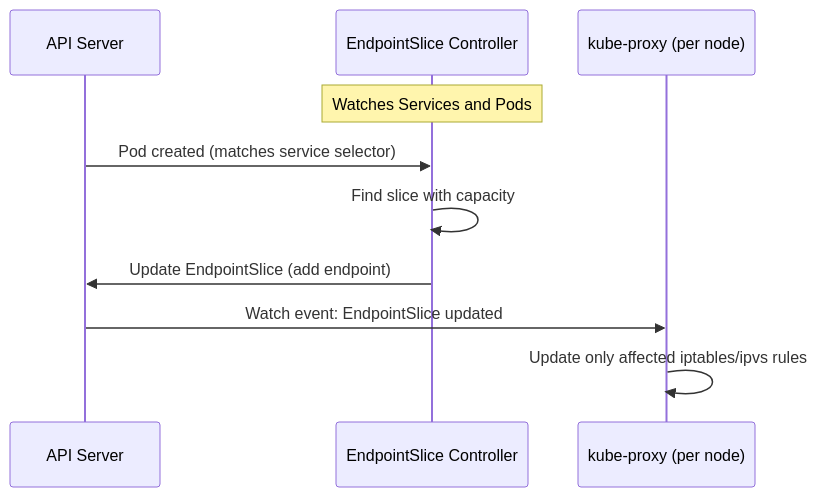
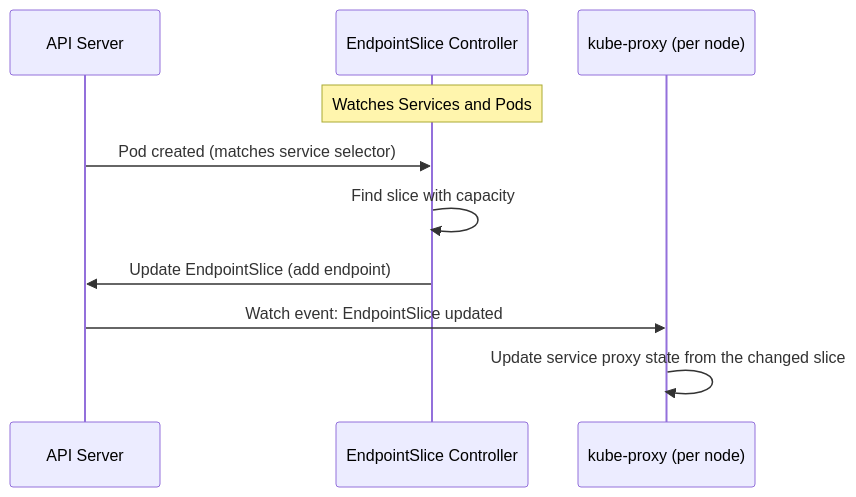
The second of 3 diagrams in posts/2026-02-20-kubernetes-endpoint-slices/README.md (OneUptime/blog), drawn with Mermaid before and after one commit. The commit also changed other lines of this file and 2 other files, not shown here.

````diff
--- a/posts/2026-02-20-kubernetes-endpoint-slices/README.md
+++ b/posts/2026-02-20-kubernetes-endpoint-slices/README.md
@@ -56,13 +56,13 @@
 ```mermaid
 sequenceDiagram
     participant API as API Server
     participant ESC as EndpointSlice Controller
     participant KP as kube-proxy (per node)
 
     Note over ESC: Watches Services and Pods
     API->>ESC: Pod created (matches service selector)
     ESC->>ESC: Find slice with capacity
     ESC->>API: Update EndpointSlice (add endpoint)
     API->>KP: Watch event: EndpointSlice updated
-    KP->>KP: Update only affected iptables/ipvs rules
+    KP->>KP: Update service proxy state from the changed slice
 ```
````
